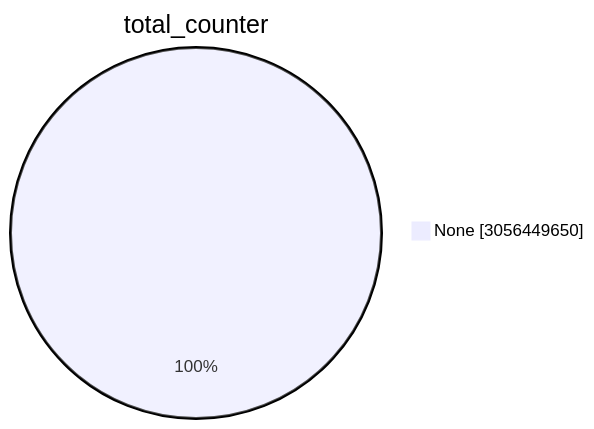
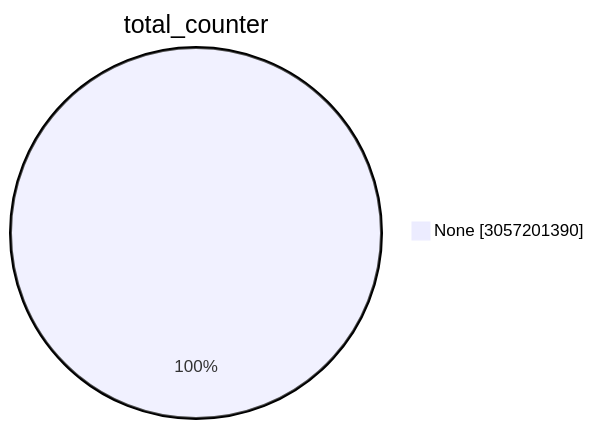
The first of 15 diagrams in TOTAL/README.md (christiankrug/ctmonitor_visualization), drawn with Mermaid before and after one commit. The commit also changed other lines of this file, not shown here.

````diff
--- a/TOTAL/README.md
+++ b/TOTAL/README.md
@@ -1,5 +1,5 @@
 ```mermaid
 pie showData
 title total_counter
-"None" :3056449650
+"None" :3057201390
 ```
````
